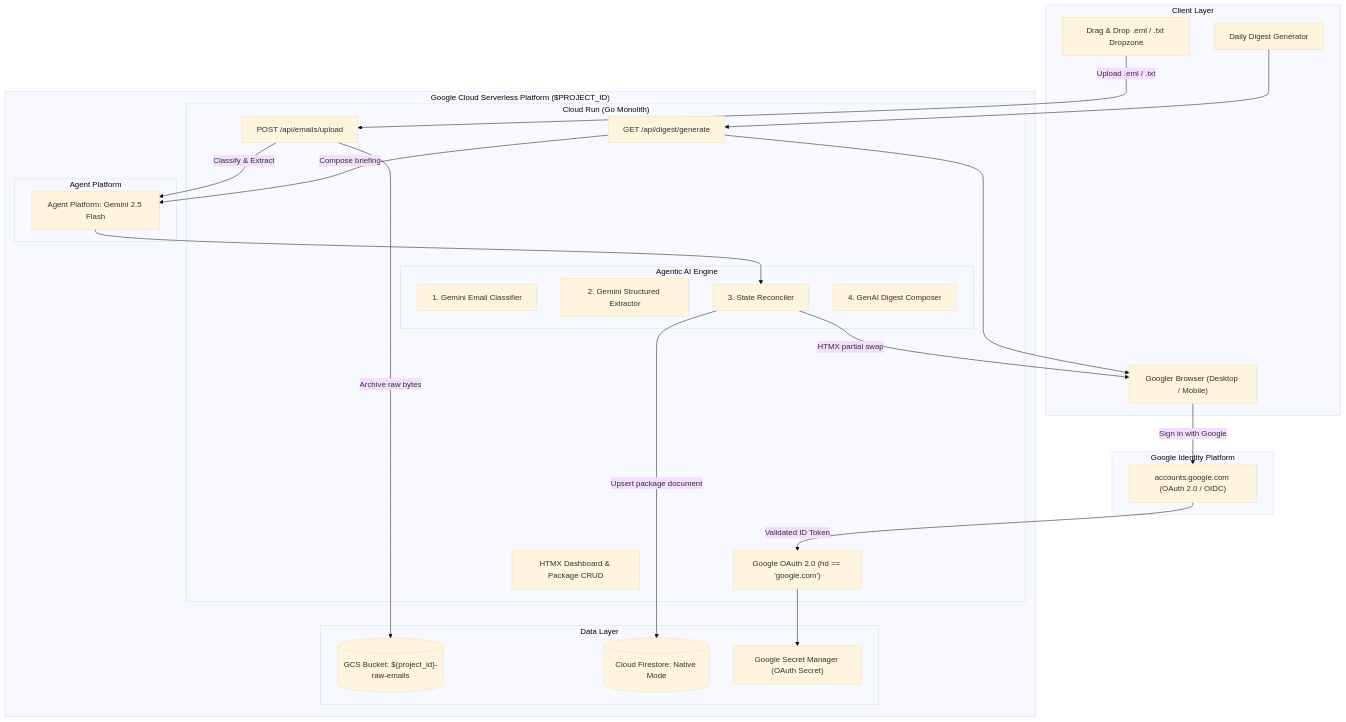
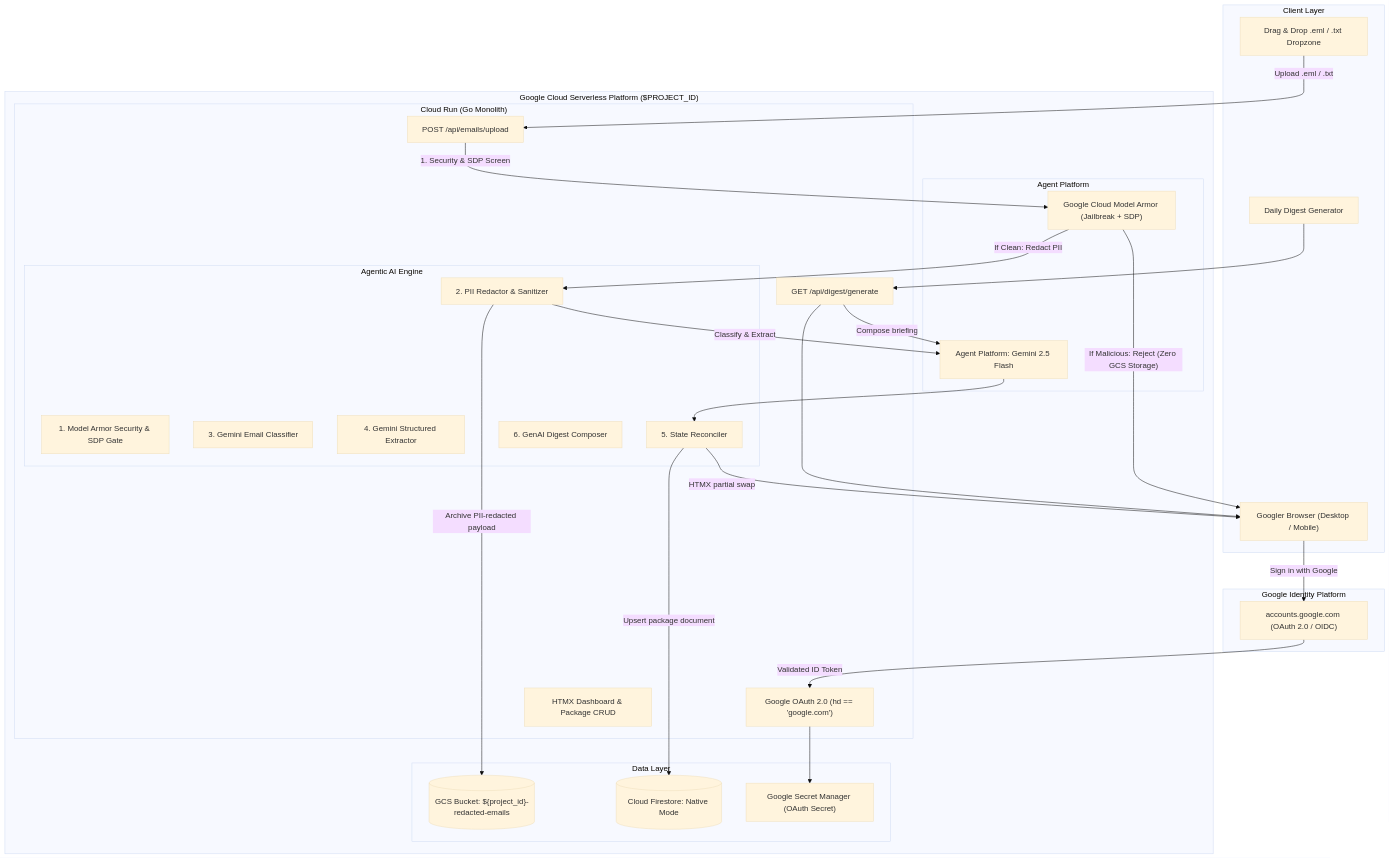
One commit to tycol7/PackagePulse changed the diagram in README.md. Above: the diagram before and after it, drawn with Mermaid (base theme). The commit also changed other lines of this file and 8 other files, not shown here.

Commit message:
feat(security): enforce pre-storage Model Armor gate, PII redaction before GCS, and zero-PII logging

````diff
--- a/README.md
+++ b/README.md
@@ -30,51 +30,57 @@
 ```mermaid
 graph TD
     subgraph Client ["Client Layer"]
         Browser["Googler Browser (Desktop / Mobile)"]
         UploadBox["Drag & Drop .eml / .txt Dropzone"]
         DigestBtn["Daily Digest Generator"]
     end
 
     subgraph Auth ["Google Identity Platform"]
         GoogleAccounts["accounts.google.com (OAuth 2.0 / OIDC)"]
     end
 
     subgraph GCP ["Google Cloud Serverless Platform ($PROJECT_ID)"]
         subgraph CloudRun ["Cloud Run (Go Monolith)"]
             AuthModule["Google OAuth 2.0 (hd == 'google.com')"]
             HTMXUI["HTMX Dashboard & Package CRUD"]
             UploadHandler["POST /api/emails/upload"]
             DigestHandler["GET /api/digest/generate"]
 
             subgraph AgentCore ["Agentic AI Engine"]
-                Classifier["1. Gemini Email Classifier"]
-                Extractor["2. Gemini Structured Extractor"]
-                Reconciler["3. State Reconciler"]
-                DigestAgent["4. GenAI Digest Composer"]
+                SecurityGate["1. Model Armor Security & SDP Gate"]
+                PIIRedactor["2. PII Redactor & Sanitizer"]
+                Classifier["3. Gemini Email Classifier"]
+                Extractor["4. Gemini Structured Extractor"]
+                Reconciler["5. State Reconciler"]
+                DigestAgent["6. GenAI Digest Composer"]
             end
         end
 
         subgraph StorageLayer ["Data Layer"]
-            GCS[("GCS Bucket: ${project_id}-raw-emails")]
+            GCS[("GCS Bucket: ${project_id}-redacted-emails")]
             Firestore[("Cloud Firestore: Native Mode")]
             Secrets["Google Secret Manager (OAuth Secret)"]
         end
 
         subgraph AILayer ["Agent Platform"]
+            ModelArmor["Google Cloud Model Armor (Jailbreak + SDP)"]
             Gemini["Agent Platform: Gemini 2.5 Flash"]
         end
     end
 
     Browser -->|"Sign in with Google"| GoogleAccounts
     GoogleAccounts -->|"Validated ID Token"| AuthModule
     AuthModule --> Secrets
     UploadBox -->|"Upload .eml / .txt"| UploadHandler
-    UploadHandler -->|"Archive raw bytes"| GCS
-    UploadHandler -->|"Classify & Extract"| Gemini
+    UploadHandler -->|"1. Security & SDP Screen"| ModelArmor
+    ModelArmor -->|"If Malicious: Reject (Zero GCS Storage)"| Browser
+    ModelArmor -->|"If Clean: Redact PII"| PIIRedactor
+    PIIRedactor -->|"Archive PII-redacted payload"| GCS
+    PIIRedactor -->|"Classify & Extract"| Gemini
     Gemini --> Reconciler
     Reconciler -->|"Upsert package document"| Firestore
     Reconciler -->|"HTMX partial swap"| Browser
     DigestBtn --> DigestHandler
     DigestHandler -->|"Compose briefing"| Gemini
     DigestHandler --> Browser
 ```
````
